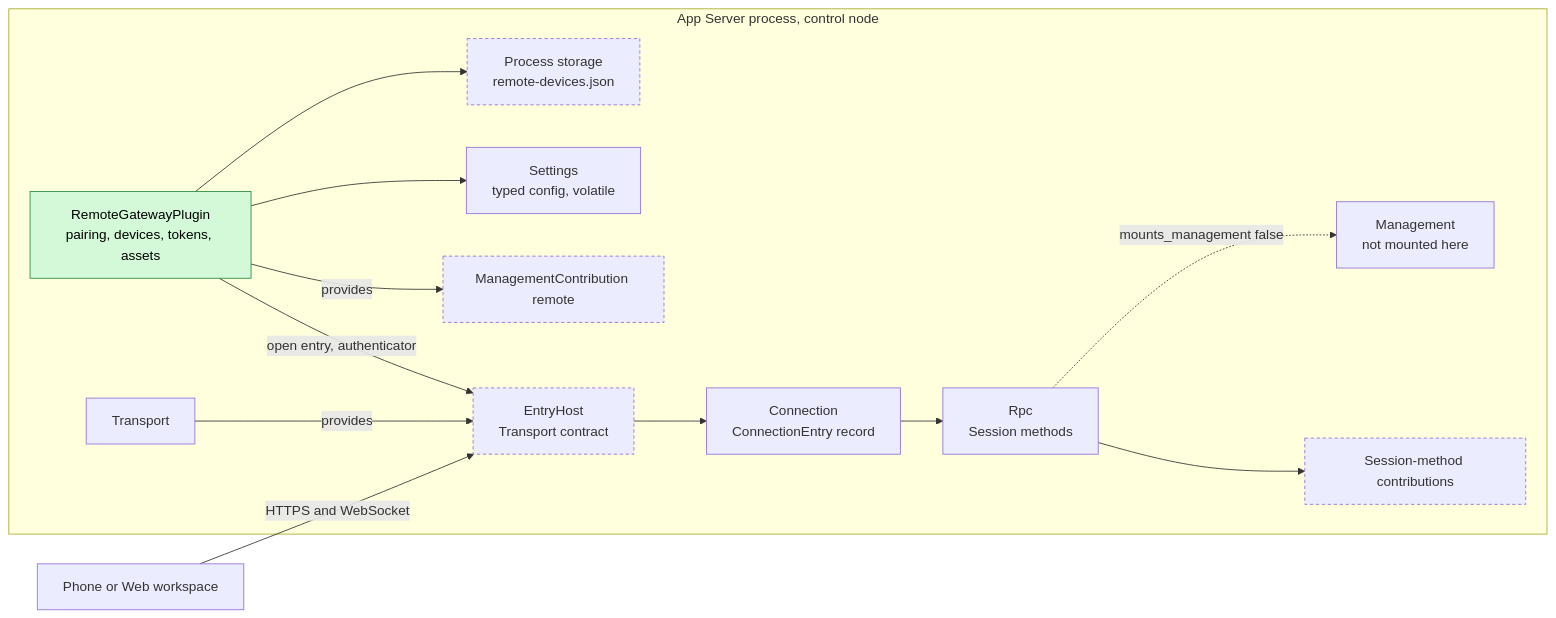
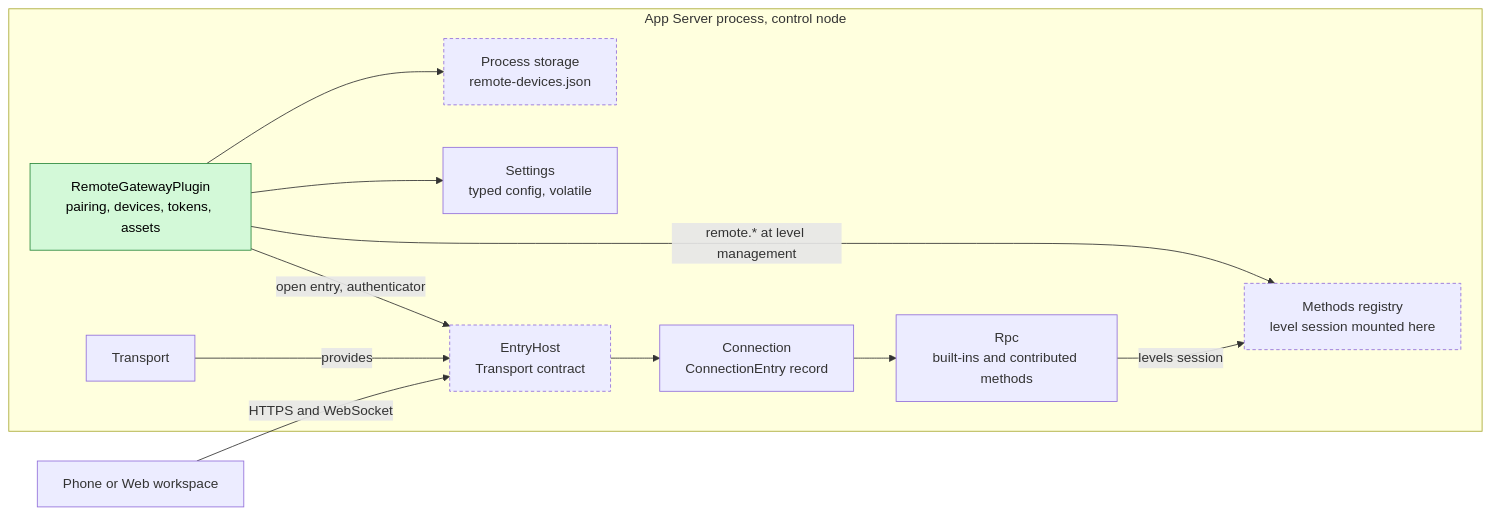
One commit to CoutinhoTTS/dim-agent changed the first of 6 diagrams in docs/design/plugins/RemoteGateway.md. Above: the diagram before and after it, drawn with Mermaid. The commit also changed other lines of this file and 3 other files, not shown here.

Commit message:
docs(design): simplify Management, RemoteGateway, PluginManager and Modality designs

````diff
--- a/docs/design/plugins/RemoteGateway.md
+++ b/docs/design/plugins/RemoteGateway.md
@@ -9,28 +9,25 @@
 ```mermaid
 flowchart LR
   subgraph P["App Server process, control node"]
     RG["RemoteGatewayPlugin<br/>pairing, devices, tokens, assets"]:::new
     EH["EntryHost<br/>Transport contract"]:::contract
     TR["Transport"]
     CONN["Connection<br/>ConnectionEntry record"]
-    RPC["Rpc<br/>Session methods"]
-    SB["Session-method contributions"]:::contract
-    MG["Management<br/>not mounted here"]
-    MC["ManagementContribution remote"]:::contract
+    RPC["Rpc<br/>built-ins and contributed methods"]
+    MR["Methods registry<br/>level session mounted here"]:::contract
     SET["Settings<br/>typed config, volatile"]
     PST["Process storage<br/>remote-devices.json"]:::contract
   end
   DEV["Phone or Web workspace"]
   DEV -->|"HTTPS and WebSocket"| EH
   RG -->|"open entry, authenticator"| EH
   TR -->|"provides"| EH
   EH --> CONN
   CONN --> RPC
-  RPC --> SB
-  RPC -.->|"mounts_management false"| MG
-  RG -->|"provides"| MC
+  RPC -->|"levels session"| MR
+  RG -->|"remote.* at level management"| MR
   RG --> SET
   RG --> PST
   classDef new fill:#d3f9d8,stroke:#2b8a3e,color:#000
   classDef contract stroke-dasharray:4 3
 ```
````
